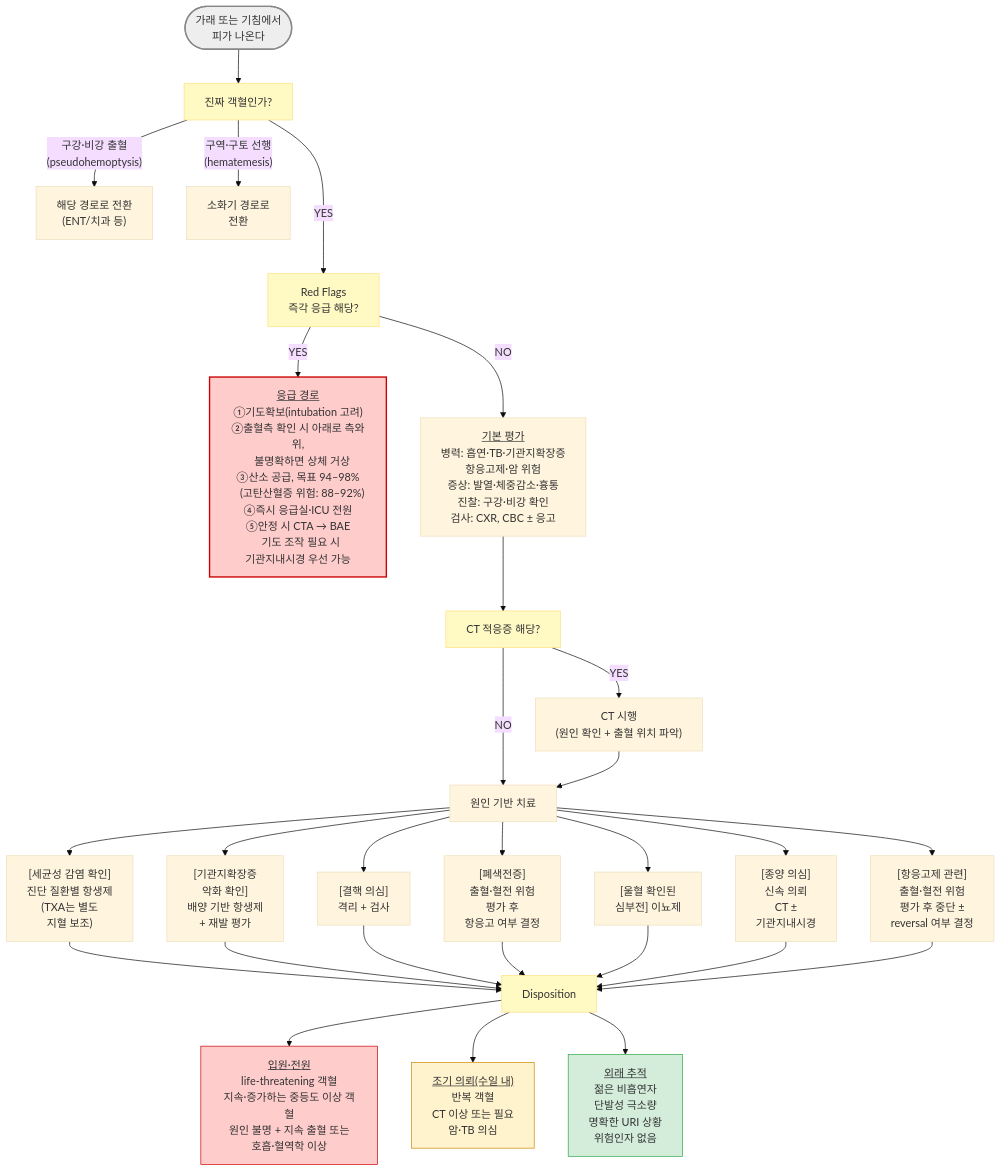
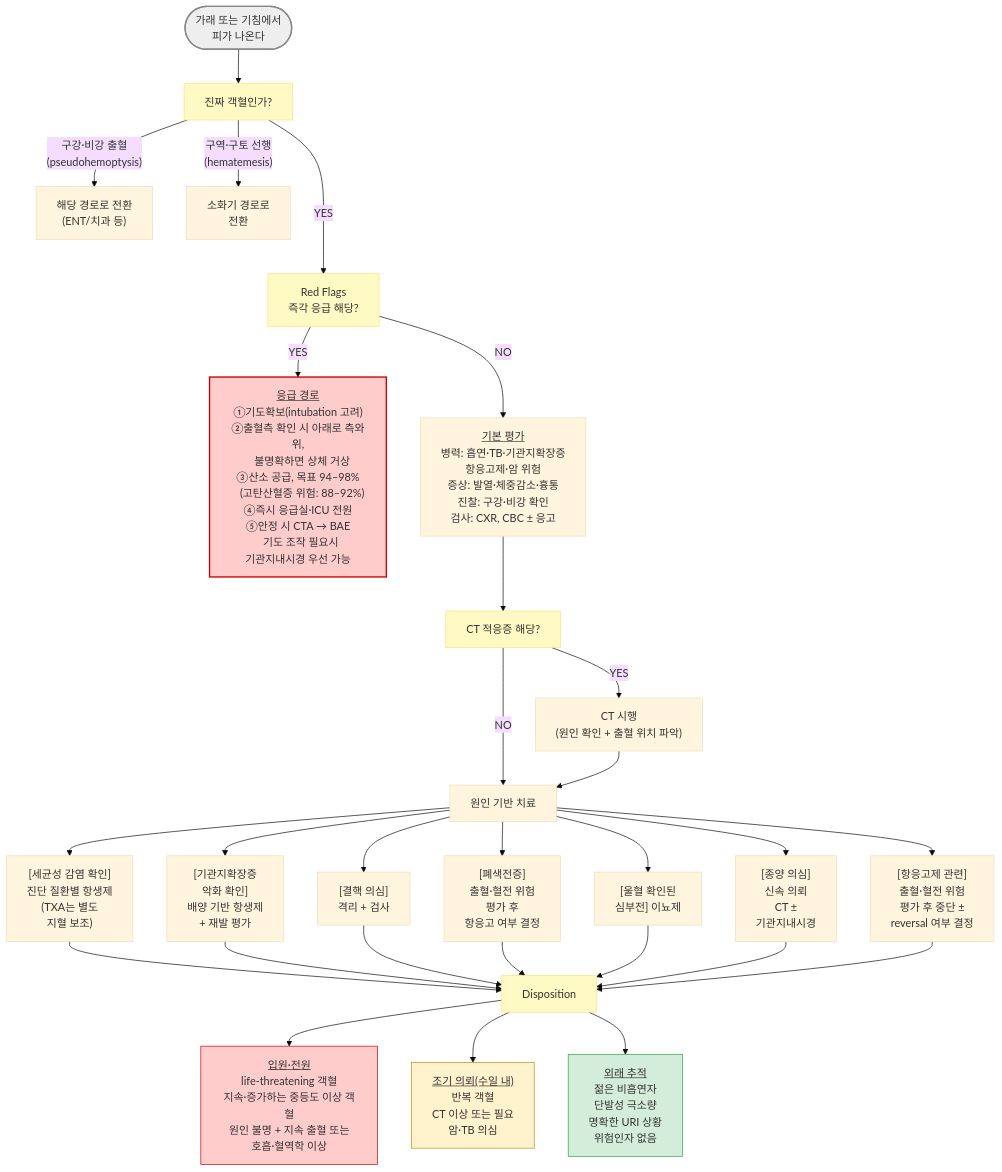
One commit to familyoh77/familyoh77 changed the diagram in 220_/008_-hemoptysis.md. Above: the diagram before and after it, drawn with Mermaid (base theme). The commit also changed other lines of this file and 4 other files, not shown here.

````diff
--- a/220_/008_-hemoptysis.md
+++ b/220_/008_-hemoptysis.md
@@ -103,37 +101,37 @@
 ```mermaid
 graph TD
     A(["가래 또는 기침에서 <br/>피가 나온다"]) --> B["진짜 객혈인가?"]
     B -- "구강·비강 출혈<br/>(pseudohemoptysis)" --> C["해당 경로로 전환<br/>(ENT/치과 등)"]
     B -- "구역·구토 선행<br/>(hematemesis)" --> D["소화기 경로로<br/> 전환"]
     B -- "YES" ---> E["Red Flags<br/>즉각 응급 해당?"]
-    E -- "YES" --> F["<u>응급 경로</u><br/>①기도확보(intubation 고려)<br/>②출혈측 확인 시 아래로 측와위,<br/>   불명확하면 상체 거상<br/>③산소 공급, 목표 94–98%<br/>   (고탄산혈증 위험: 88–92%)<br/>④즉시 응급실·ICU 전원<br/>⑤안정 시 CTA → BAE<br/>   기도 조작 필요 시 <br/>기관지내시경 우선 가능"]
+    E -- "YES" --> F["<u>응급 경로</u><br/>①기도확보(intubation 고려)<br/>②출혈측 확인 시 아래로 측와위,<br/>   불명확하면 상체 거상<br/>③산소 공급, 목표 94–98%<br/>   (고탄산혈증 위험: 88–92%)<br/>④즉시 응급실·ICU 전원<br/>⑤안정 시 CTA → BAE<br/>   기도 조작 필요시 <br/>기관지내시경 우선 가능"]
     E -- "NO" --> G["<u>기본 평가</u><br/>병력: 흡연·TB·기관지확장증<br/>항응고제·암 위험<br/>증상: 발열·체중감소·흉통<br/>진찰: 구강·비강 확인<br/>검사: CXR, CBC ± 응고"]
     G --> H["CT 적응증 해당?"]
     H -- "YES" --> I["CT 시행<br/>(원인 확인 + 출혈 위치 파악)"]
     H -- "NO" --> J["원인 기반 치료"]
     I --> J
     J --> J1["[세균성 감염 확인] <br/>진단 질환별 항생제<br/>(TXA는 별도 <br/>지혈 보조)"]
     J --> J2["[기관지확장증 <br/>악화 확인] <br/>배양 기반 항생제<br/>+ 재발 평가"]
     J --> J3["[결핵 의심] <br/>격리 + 검사"]
     J --> J4["[폐색전증] <br/>출혈·혈전 위험 <br/>평가 후<br/>항응고 여부 결정"]
     J --> J5["[울혈 확인된 <br/>심부전] 이뇨제"]
     J --> J6["[종양 의심] <br/>신속 의뢰<br/>CT ± <br/>기관지내시경"]
     J --> J7["[항응고제 관련] <br/>출혈·혈전 위험 <br/>평가 후 중단 ± <br/>reversal 여부 결정"]
     J1 & J2 & J3 & J4 & J5 & J6 & J7 --> K["Disposition"]
     K --> K1["<u>입원·전원</u><br/>life-threatening 객혈<br/>지속·증가하는 중등도 이상 객혈<br/>원인 불명 + 지속 출혈 또는<br/>호흡·혈역학 이상"]
     K --> K2["<u>조기 의뢰(수일 내)</u><br/>반복 객혈<br/>CT 이상 또는 필요<br/>암·TB 의심"]
     K --> K3["<u>외래 추적</u><br/>젊은 비흡연자<br/>단발성 극소량<br/>명확한 URI 상황<br/>위험인자 없음"]
 
     classDef startNode fill:#eeeeee,stroke:#888888,stroke-width:2px
     classDef question fill:#fff9c4,stroke:#ffe082
     classDef emergency fill:#ffcccc,stroke:#cc0000,stroke-width:2px
     classDef admit fill:#ffcccc,stroke:#cc0000,stroke-width:1px
     classDef urgent fill:#fff3cd,stroke:#cc8800,stroke-width:1px
     classDef routine fill:#d4edda,stroke:#28a745,stroke-width:1px
     class A startNode
     class B,E,H,K question
     class F emergency
     class K1 admit
     class K2 urgent
     class K3 routine
 ```
````
